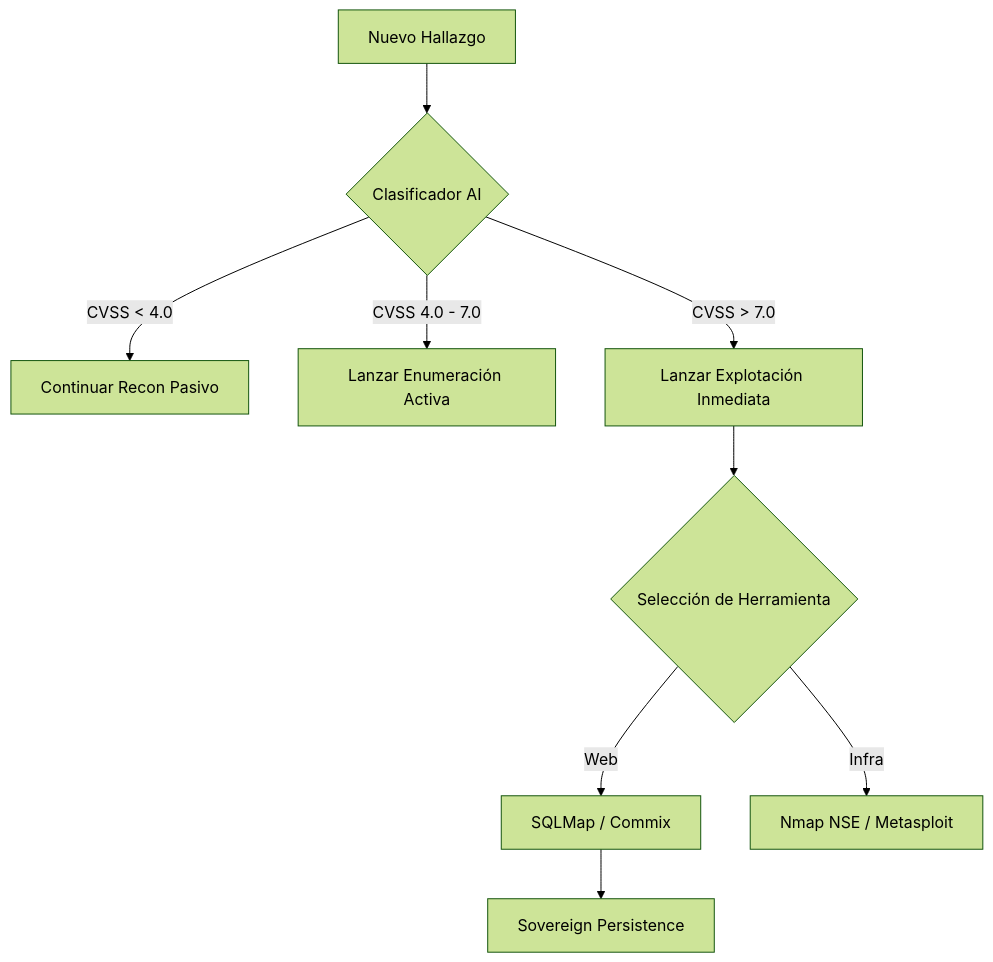
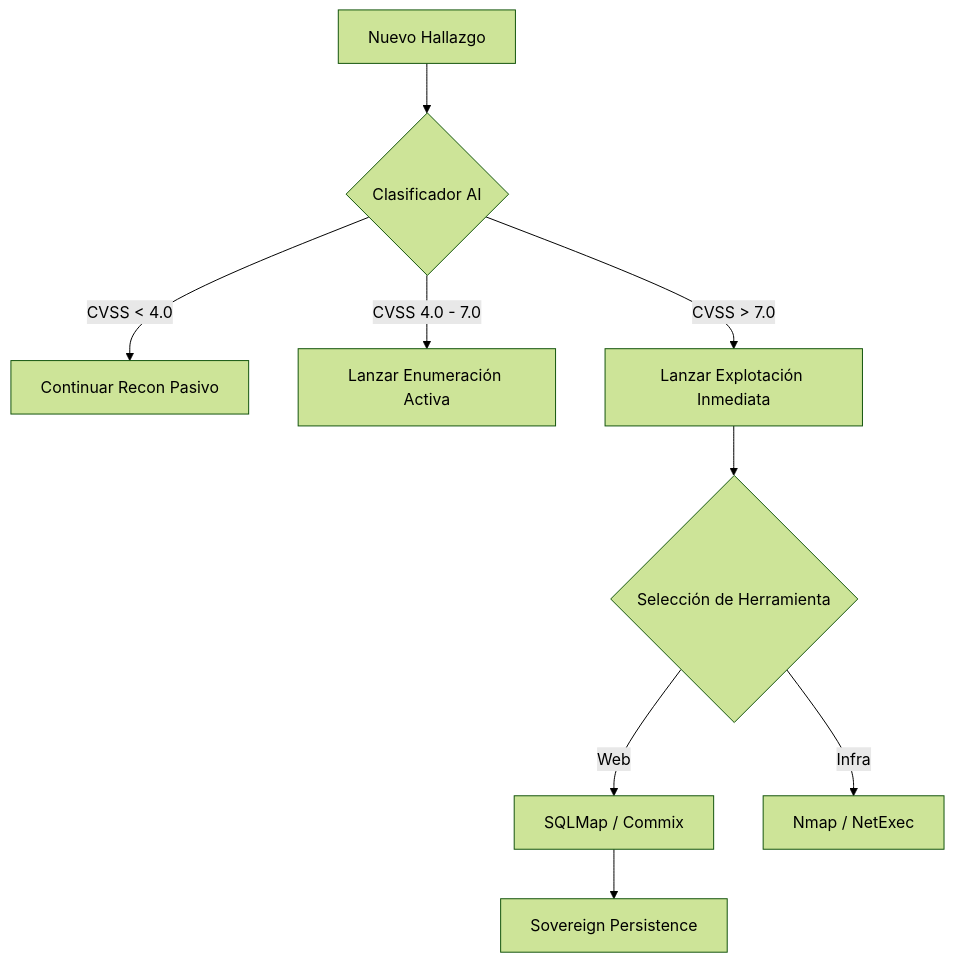
Before and after one commit to kripiman/OsintUltimate: the second of 2 diagrams in redteam_rust_core/DOCS/plugins_and_tools.md, drawn with Mermaid (forest theme). The commit also changed other lines of this file, not shown here.

Commit message:
refactor: update plugins_and_tools documentation with comprehensive toolset categories and updated workflow architecture

````diff
--- a/redteam_rust_core/DOCS/plugins_and_tools.md
+++ b/redteam_rust_core/DOCS/plugins_and_tools.md
@@ -126,13 +128,13 @@
 ```mermaid
 flowchart TD
     Finding[Nuevo Hallazgo] --> Classifier{Clasificador AI}
     Classifier -->|CVSS < 4.0| Passive[Continuar Recon Pasivo]
     Classifier -->|CVSS 4.0 - 7.0| Active[Lanzar Enumeración Activa]
     Classifier -->|CVSS > 7.0| Strike[Lanzar Explotación Inmediata]
     
     Strike --> ToolSelection{Selección de Herramienta}
     ToolSelection -->|Web| Sqlmap[SQLMap / Commix]
-    ToolSelection -->|Infra| NmapScripts[Nmap NSE / Metasploit]
+    ToolSelection -->|Infra| NmapScripts[Nmap / NetExec]
     
     Sqlmap --> Report[Sovereign Persistence]
 ```
````
